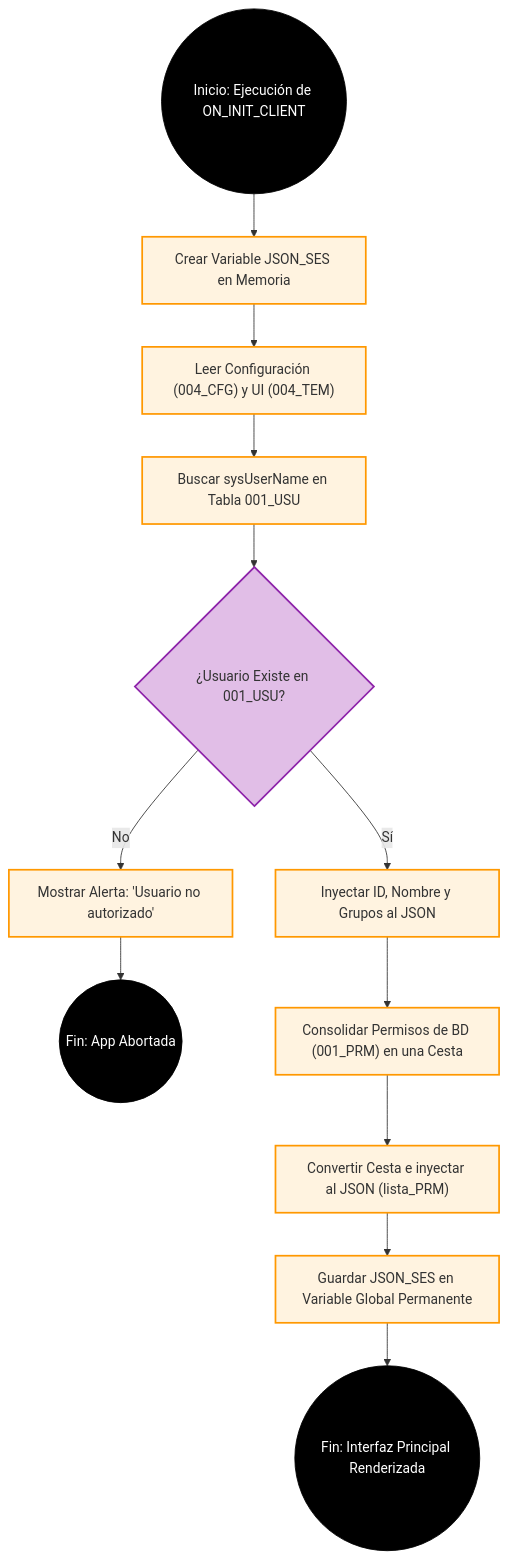
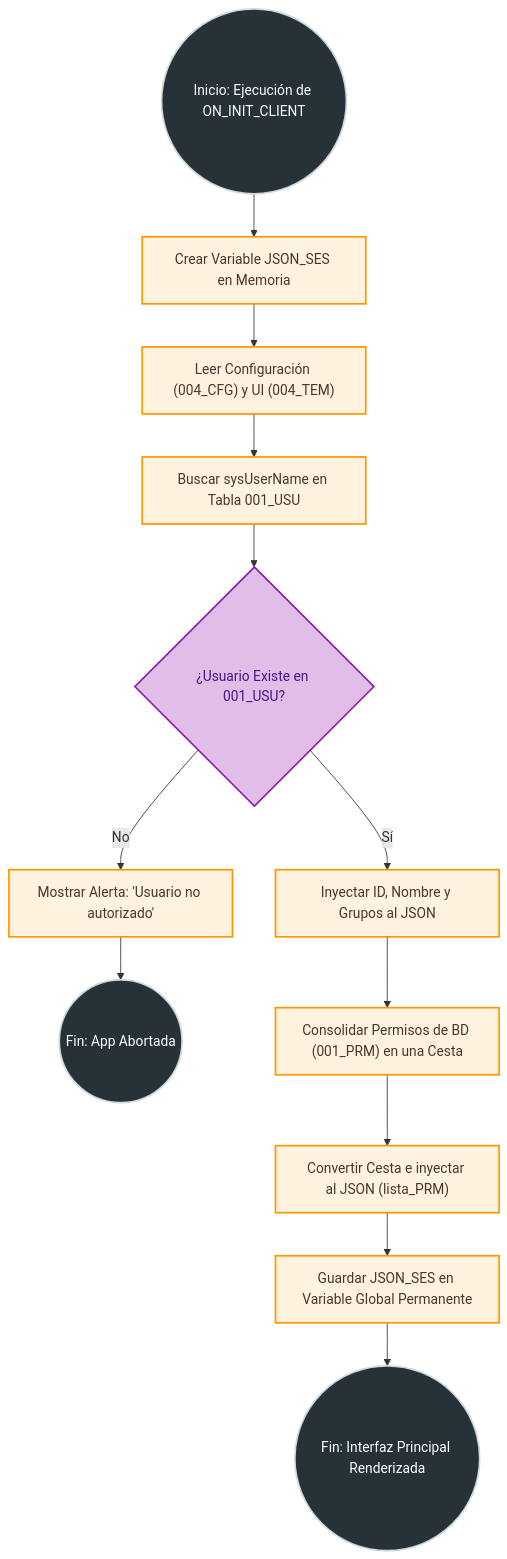
One commit to arturomiranda/ds-qs changed the fourth of 4 diagrams in data/1. Principales/Tablas/000_Proceso_Arranque_normal.md. Above: the diagram before and after it, drawn with Mermaid. The commit also changed other lines of this file, not shown here.

Commit message:
se corrogio los colores de los diagramas de 000_proceso_arranque

````diff
--- a/data/1. Principales/Tablas/000_Proceso_Arranque_normal.md
+++ b/data/1. Principales/Tablas/000_Proceso_Arranque_normal.md
@@ -219,44 +224,44 @@
 ```mermaid
 flowchart TD
-    %% Estilos UML estrictos
-    classDef startEnd fill:#000,stroke:#000,color:#fff
-    classDef action fill:#fff3e0,stroke:#ff9800,stroke-width:2px
-    classDef decision fill:#e1bee7,stroke:#8e24aa,stroke-width:2px
+    %% Estilos UML optimizados para modo claro y oscuro
+    classDef startEnd fill:#263238,stroke:#cfd8dc,stroke-width:2px,color:#ffffff
+    classDef action fill:#fff3e0,stroke:#ff9800,stroke-width:2px,color:#4e342e
+    classDef decision fill:#e1bee7,stroke:#8e24aa,stroke-width:2px,color:#4a148c
 
     Start(("Inicio: Ejecución de ON_INIT_CLIENT")):::startEnd
     EndOk(("Fin: Interfaz Principal Renderizada")):::startEnd
     EndErr(("Fin: App Abortada")):::startEnd
 
     %% Acciones
     Init["Crear Variable JSON_SES en Memoria"]:::action
     CargarUI["Leer Configuración (004_CFG) y UI (004_TEM)"]:::action
     Autenticar["Buscar sysUserName en Tabla 001_USU"]:::action
-    
+
     %% Rombo de Decisión Único
     DecUser{"¿Usuario Existe en 001_USU?"}:::decision
-    
+
     %% RUTA DE ERROR (Salida Inmediata / Fail-Fast)
     ShowErr["Mostrar Alerta: 'Usuario no autorizado'"]:::action
-    
+
     %% RUTA EXITOSA (Continuidad Segura)
     LoadProfile["Inyectar ID, Nombre y Grupos al JSON"]:::action
     LoadPerms["Consolidar Permisos de BD (001_PRM) en una Cesta"]:::action
     SavePerms["Convertir Cesta e inyectar al JSON (lista_PRM)"]:::action
     SaveGlobal["Guardar JSON_SES en Variable Global Permanente"]:::action
 
     %% Flujo
     Start --> Init
     Init --> CargarUI
     CargarUI --> Autenticar
     Autenticar --> DecUser
-    
+
     %% Bifurcación Limpia
     DecUser -->|No| ShowErr
     ShowErr --> EndErr
-    
+
     DecUser -->|Sí| LoadProfile
     LoadProfile --> LoadPerms
     LoadPerms --> SavePerms
     SavePerms --> SaveGlobal
     SaveGlobal --> EndOk
 ```
````
